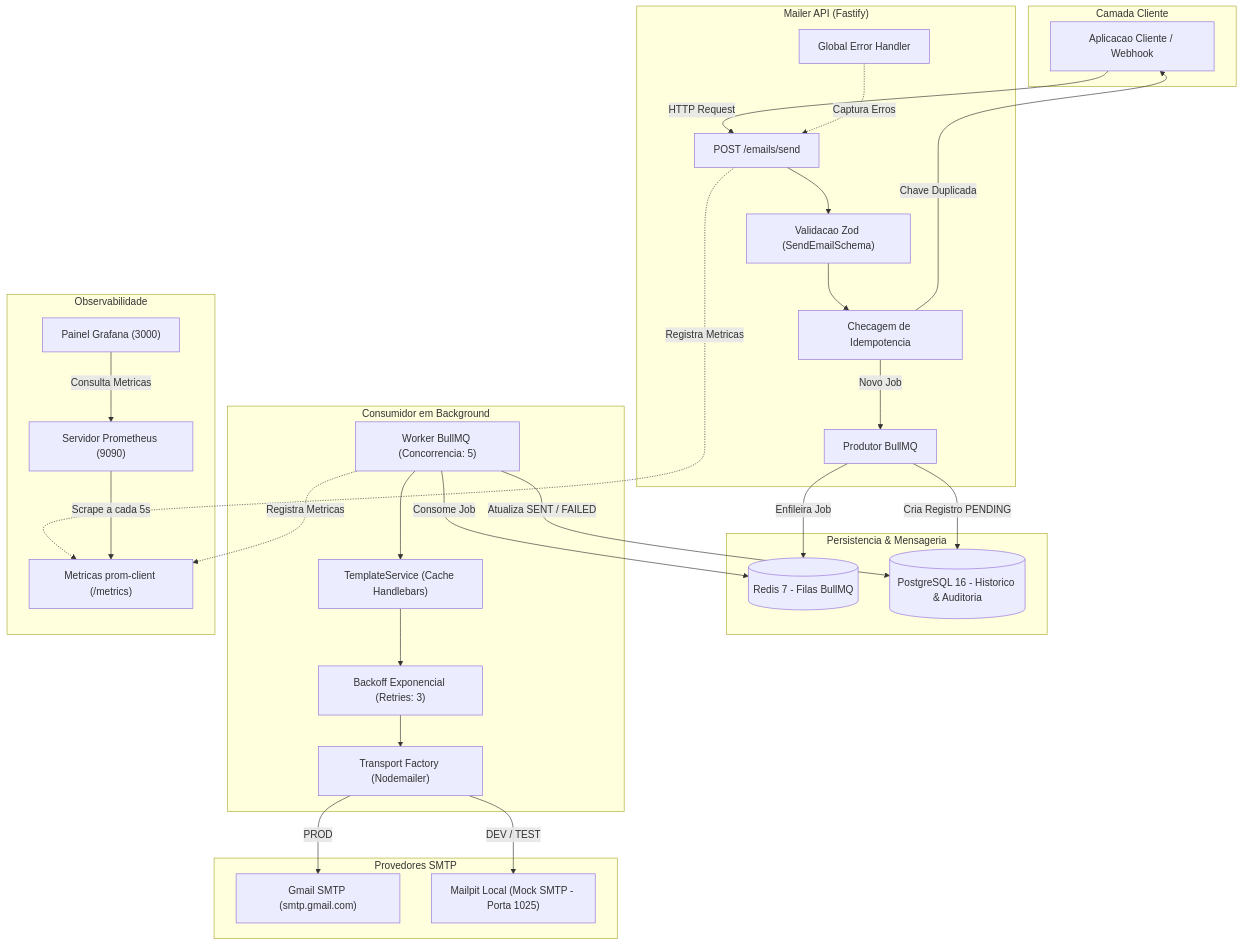
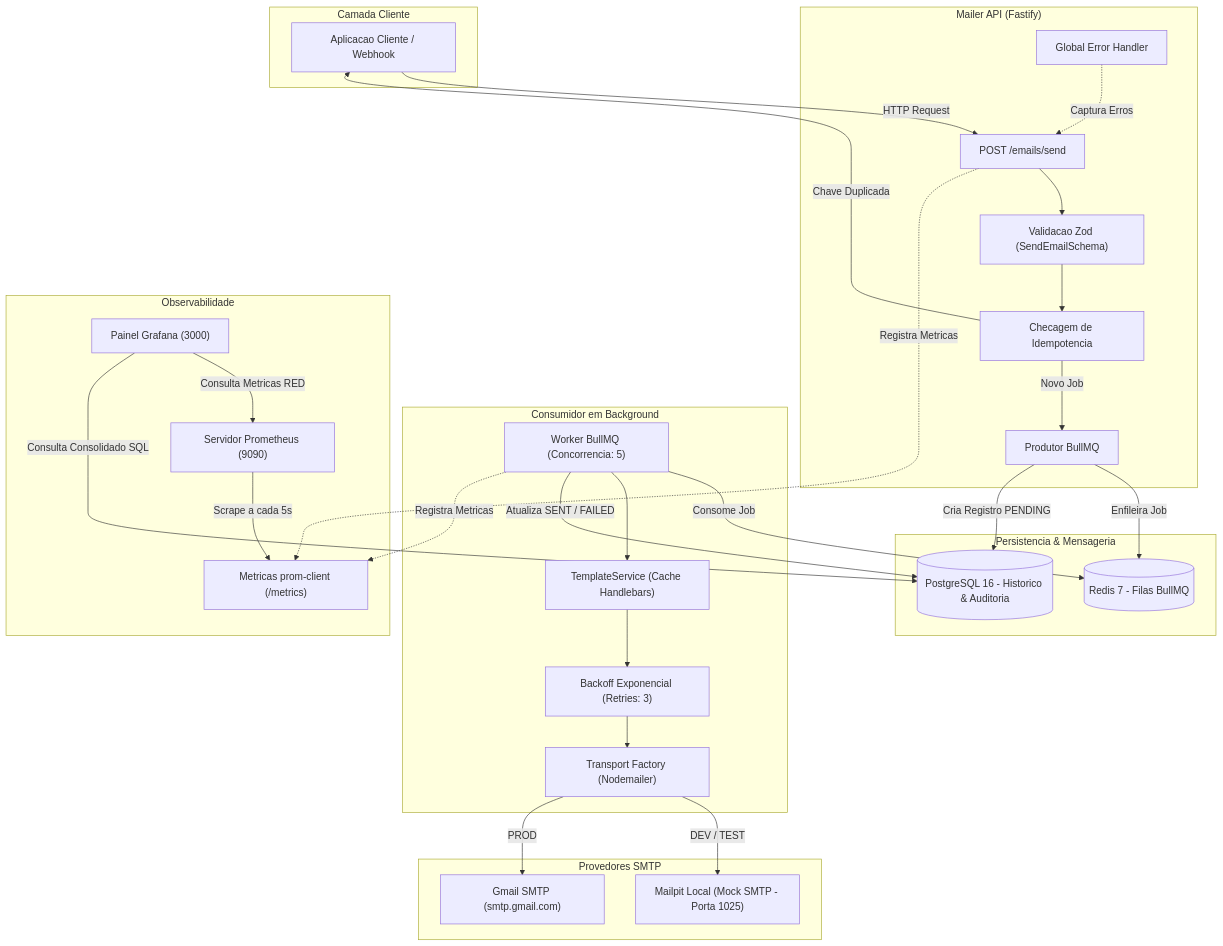
Before and after one commit to thiagoeu/mailer-fullcyle: the diagram in README.md, drawn with Mermaid. The commit also changed other lines of this file and 4 other files, not shown here.

Commit message:
feat(observability): implement senior multi-datasource monitoring with postgres, red method and grafana alerts

````diff
--- a/README.md
+++ b/README.md
@@ -75,59 +75,60 @@
 ```mermaid
 flowchart TD
     subgraph ClientLayer ["Camada Cliente"]
         Client["Aplicacao Cliente / Webhook"]
     end
 
     subgraph APILayer ["Mailer API (Fastify)"]
         Routes["POST /emails/send"]
         Validation["Validacao Zod (SendEmailSchema)"]
         Idempotency["Checagem de Idempotencia"]
         ErrorHandler["Global Error Handler"]
         QueueProducer["Produtor BullMQ"]
     end
 
     subgraph StorageBroker ["Persistencia & Mensageria"]
         Redis[("Redis 7 - Filas BullMQ")]
         Postgres[("PostgreSQL 16 - Historico & Auditoria")]
     end
 
     subgraph WorkerLayer ["Consumidor em Background"]
         Consumer["Worker BullMQ (Concorrencia: 5)"]
         TemplateEngine["TemplateService (Cache Handlebars)"]
         RetryStrategy["Backoff Exponencial (Retries: 3)"]
         TransporterFactory["Transport Factory (Nodemailer)"]
     end
 
     subgraph Providers ["Provedores SMTP"]
         Gmail["Gmail SMTP (smtp.gmail.com)"]
         Mailpit["Mailpit Local (Mock SMTP - Porta 1025)"]
     end
 
     subgraph Observability ["Observabilidade"]
         PromMetrics["Metricas prom-client (/metrics)"]
         Prometheus["Servidor Prometheus (9090)"]
         Grafana["Painel Grafana (3000)"]
     end
 
     Client -->|HTTP Request| Routes
     Routes --> Validation
     Validation --> Idempotency
     Idempotency -->|Novo Job| QueueProducer
     Idempotency -->|Chave Duplicada| Client
     ErrorHandler -.->|Captura Erros| Routes
     QueueProducer -->|Enfileira Job| Redis
     QueueProducer -->|Cria Registro PENDING| Postgres
 
     Consumer -->|Consome Job| Redis
     Consumer --> TemplateEngine
     TemplateEngine --> RetryStrategy
     RetryStrategy --> TransporterFactory
     TransporterFactory -->|DEV / TEST| Mailpit
     TransporterFactory -->|PROD| Gmail
     Consumer -->|Atualiza SENT / FAILED| Postgres
 
     Consumer -.->|Registra Metricas| PromMetrics
     Routes -.->|Registra Metricas| PromMetrics
     Prometheus -->|Scrape a cada 5s| PromMetrics
-    Grafana -->|Consulta Metricas| Prometheus
+    Grafana -->|Consulta Metricas RED| Prometheus
+    Grafana -->|Consulta Consolidado SQL| Postgres
 ```
````
